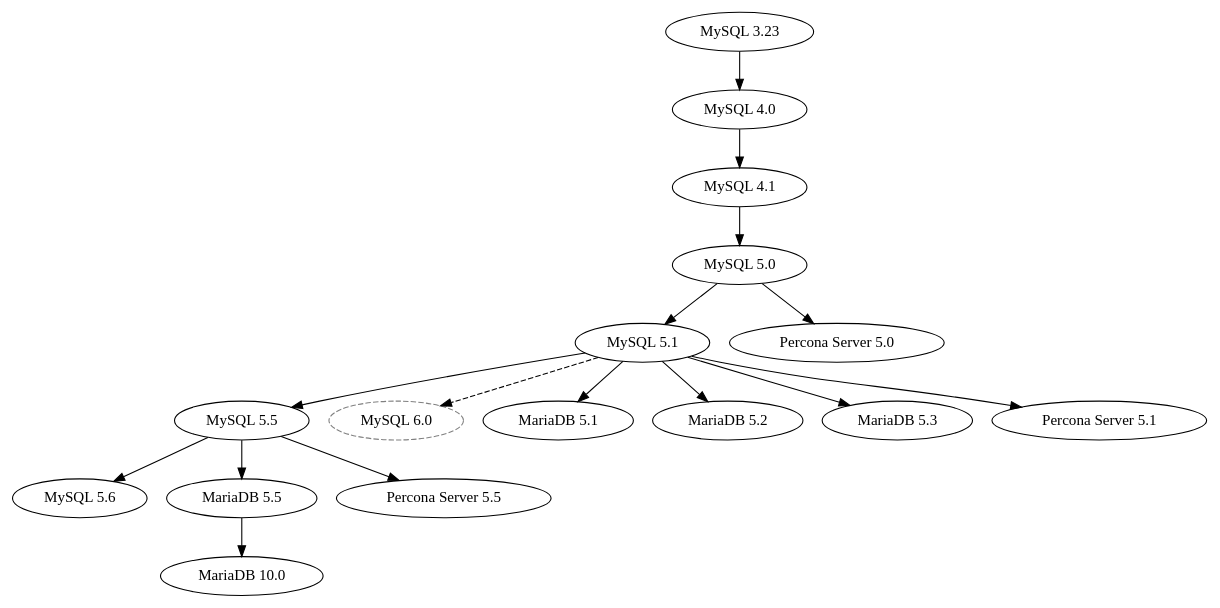
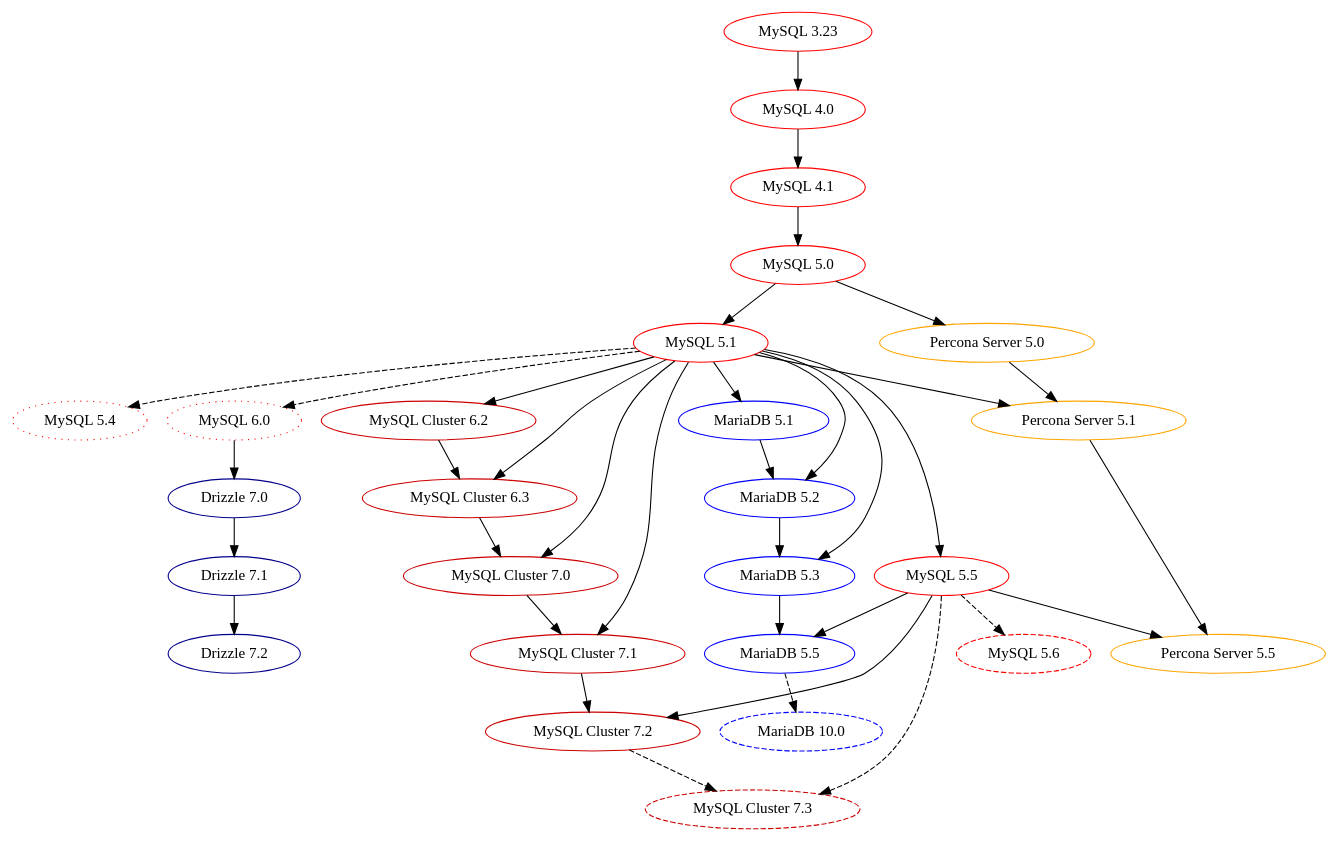
The diagram in mysql-history-graph.dot (dveeden/mysql-history-graph), drawn with Graphviz before and after one commit. The commit also changed 2 other files, not shown here.

Commit message:
Add colors Add MySQL Cluster Add Drizzle

```diff
--- a/mysql-history-graph.dot
+++ b/mysql-history-graph.dot
@@ -1,25 +1,84 @@
 digraph mysql_history_graph {
+	/* Standards:
+	   Non-GA: 		dotted
+	   Abandoned: 		dotted 
+	   Oracle MySQL: 	red
+	   MySQL Cluster: 	red3
+	   MariaDB: 		blue
+	   Drizzle: 		blue4
+	   Percona Server: 	orange
+	*/
+
 	/* MySQL/Sun/Oracle MySQL GA */
+	"MySQL 3.23" [color="red"];
+	"MySQL 4.0" [color="red"];
+	"MySQL 4.1" [color="red"];
+	"MySQL 5.0" [color="red"];
+	"MySQL 5.1" [color="red"];
+	"MySQL 5.5" [color="red"];
 	"MySQL 3.23" -> "MySQL 4.0";
 	"MySQL 4.0" -> "MySQL 4.1";
 	"MySQL 4.1" -> "MySQL 5.0";
 	"MySQL 5.0" -> "MySQL 5.1";
 	"MySQL 5.1" -> "MySQL 5.5";
-	"MySQL 5.5" -> "MySQL 5.6";
 
 	/* MySQL/Sun/Oracle non-GA */	
+	"MySQL 5.4" [color="red",style="dotted"];
+	"MySQL 5.6" [color="red",style="dashed"];
+	"MySQL 6.0" [color="red",style="dotted"];
+	"MySQL 5.1" -> "MySQL 5.4" [style="dashed"];
+	"MySQL 5.5" -> "MySQL 5.6" [style="dashed"];
 	"MySQL 5.1" -> "MySQL 6.0" [style="dashed"];
-	"MySQL 6.0" [color="grey",style="dashed"];
+
+	/* MySQL Cluster (NDB) */
+	"MySQL Cluster 6.2" [color="red3"]
+	"MySQL Cluster 6.3" [color="red3"]
+	"MySQL Cluster 7.0" [color="red3"]
+	"MySQL Cluster 7.1" [color="red3"]
+	"MySQL Cluster 7.2" [color="red3"]
+	"MySQL Cluster 7.3"  [color="red3",style="dashed"];
+	"MySQL 5.1" -> "MySQL Cluster 6.2";
+	"MySQL 5.1" -> "MySQL Cluster 6.3";
+	"MySQL Cluster 6.2" -> "MySQL Cluster 6.3";
+	"MySQL 5.1" -> "MySQL Cluster 7.0";
+	"MySQL Cluster 6.3" -> "MySQL Cluster 7.0";
+	"MySQL 5.1" -> "MySQL Cluster 7.1";
+	"MySQL Cluster 7.0" -> "MySQL Cluster 7.1";
+	"MySQL 5.5" -> "MySQL Cluster 7.2";
+	"MySQL Cluster 7.1" -> "MySQL Cluster 7.2";
+	"MySQL 5.5" -> "MySQL Cluster 7.3" [style="dashed"];
+	"MySQL Cluster 7.2" -> "MySQL Cluster 7.3" [style="dashed"];
 
 	/* MariaDB */
+	"MariaDB 5.1" [color="blue"];
+	"MariaDB 5.2" [color="blue"];
+	"MariaDB 5.3" [color="blue"];
+	"MariaDB 5.5" [color="blue"];
+	"MariaDB 10.0" [color="blue", style="dashed"];
 	"MySQL 5.1" -> "MariaDB 5.1";
 	"MySQL 5.1" -> "MariaDB 5.2";
+	"MariaDB 5.1" -> "MariaDB 5.2";
 	"MySQL 5.1" -> "MariaDB 5.3";
+	"MariaDB 5.2" -> "MariaDB 5.3";
 	"MySQL 5.5" -> "MariaDB 5.5";
-	"MariaDB 5.5" -> "MariaDB 10.0";
+	"MariaDB 5.3" -> "MariaDB 5.5";
+	"MariaDB 5.5" -> "MariaDB 10.0" [style="dashed"];
 
 	/* Percona Server */
+	"Percona Server 5.0" [color="orange"];
+	"Percona Server 5.1" [color="orange"];
+	"Percona Server 5.5" [color="orange"];
 	"MySQL 5.0" -> "Percona Server 5.0";
 	"MySQL 5.1" -> "Percona Server 5.1";
+	"Percona Server 5.0" -> "Percona Server 5.1";
 	"MySQL 5.5" -> "Percona Server 5.5";
+	"Percona Server 5.1" -> "Percona Server 5.5";
+
+	/* Drizzle */
+	"Drizzle 7.0" [color="blue4"];
+	"Drizzle 7.1" [color="blue4"];
+	"Drizzle 7.2" [color="blue4"];
+	"MySQL 6.0" -> "Drizzle 7.0"	
+	"Drizzle 7.0" -> "Drizzle 7.1"	
+	"Drizzle 7.1" -> "Drizzle 7.2"	
 }
```
